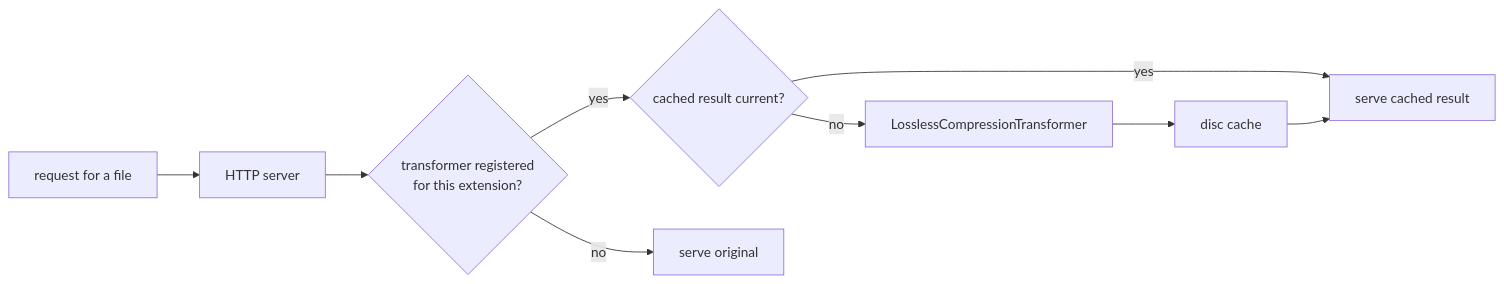
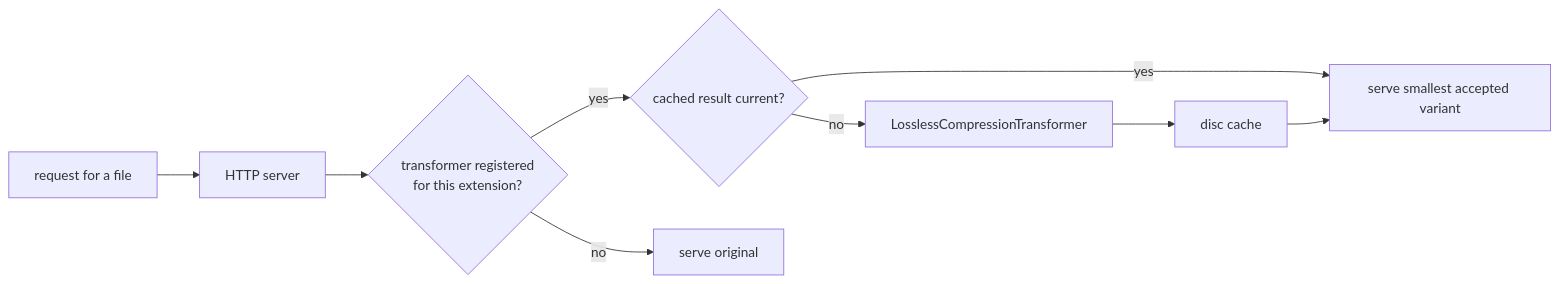
The diagram in SysWeaver.HttpTransformer.Compress/README.md (dosh1974/SysWeaver), drawn with Mermaid before and after one commit. The commit also changed other lines of this file and 532 other files, not shown here.

````diff
--- a/SysWeaver.HttpTransformer.Compress/README.md
+++ b/SysWeaver.HttpTransformer.Compress/README.md
@@ -18,11 +18,11 @@
 ```mermaid
 flowchart LR
   Req["request for a file"] --> Srv["HTTP server"]
   Srv --> Chain{"transformer registered<br/>for this extension?"}
   Chain -->|yes| Cache{"cached result current?"}
-  Cache -->|yes| Out["serve cached result"]
+  Cache -->|yes| Out["serve smallest accepted variant"]
   Cache -->|no| T["LosslessCompressionTransformer"]
   T --> Store["disc cache"]
   Store --> Out
   Chain -->|no| Plain["serve original"]
 ```
````
